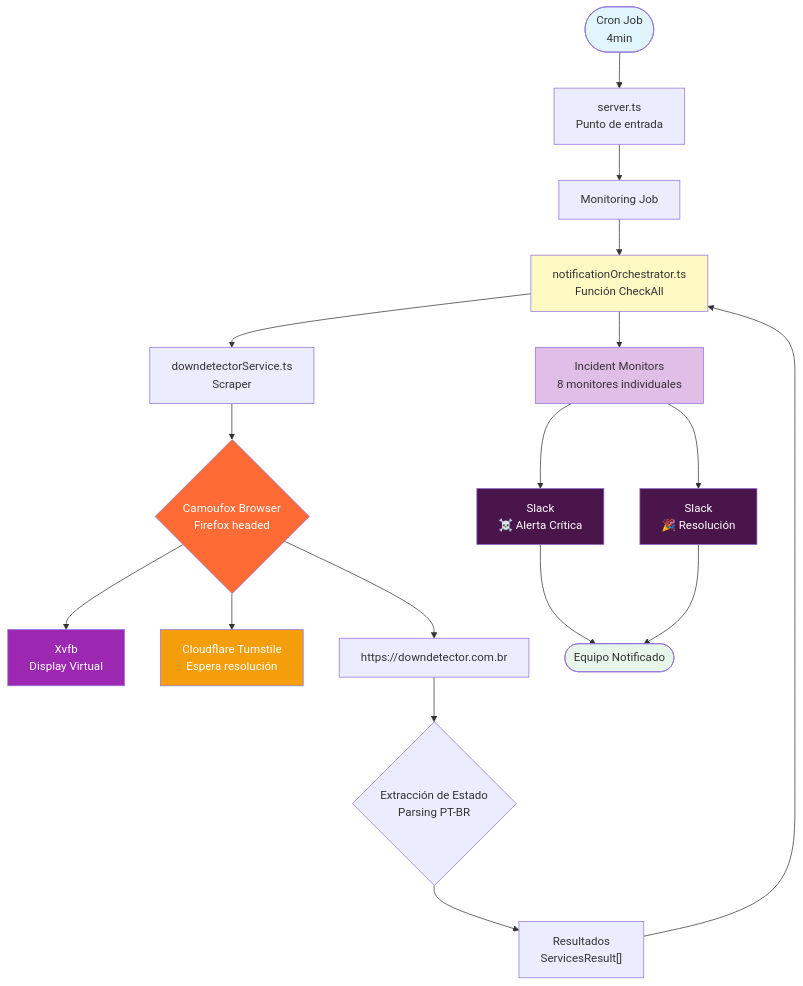
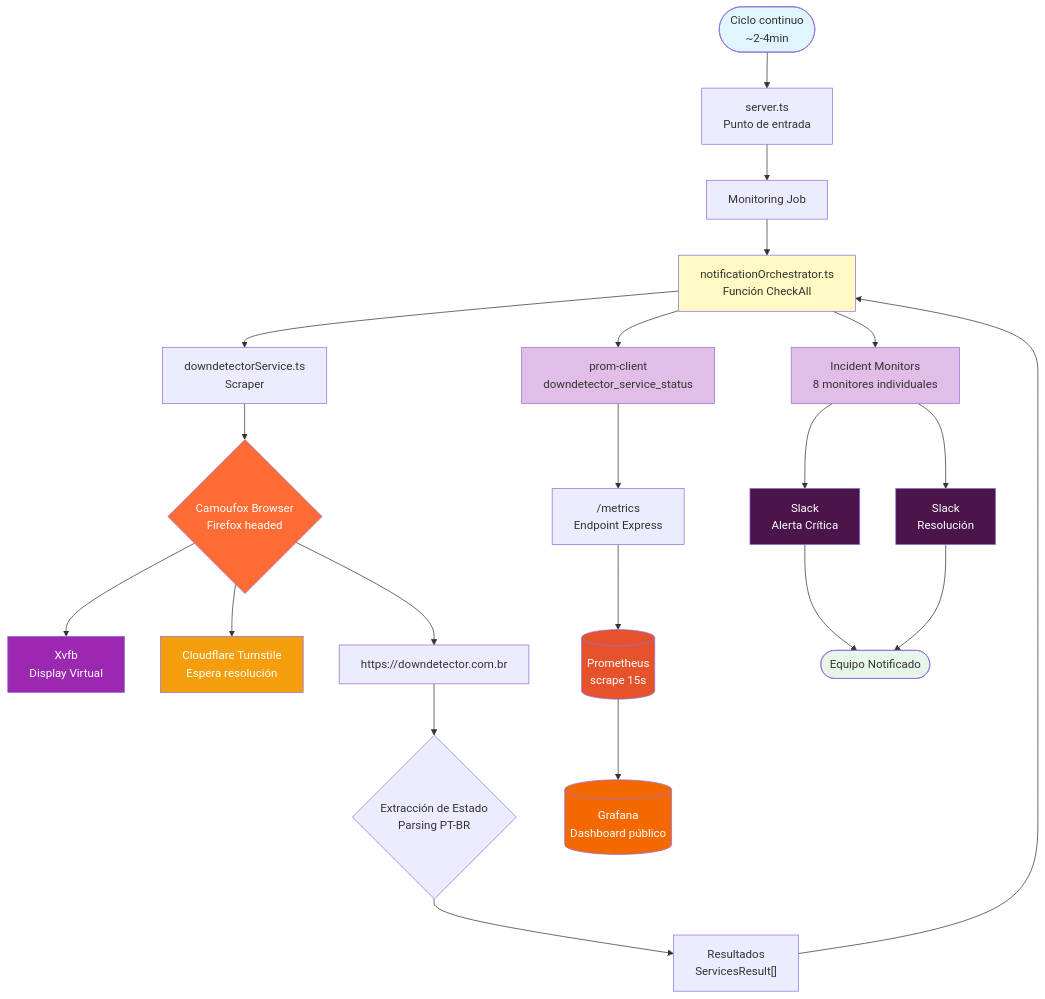
One commit to eduardotashiro/downdetector-slack changed the third of 4 diagrams in README.md. Above: the diagram before and after it, drawn with Mermaid. The commit also changed other lines of this file and 1 other file, not shown here.

````diff
--- a/README.md
+++ b/README.md
@@ -770,35 +859,43 @@
 ```mermaid
 graph TB
-    Start([Cron Job<br/>4min]) --> Server[server.ts<br/>Punto de entrada]
+    Start([Ciclo continuo<br/>~2-4min]) --> Server[server.ts<br/>Punto de entrada]
     Server --> Job[Monitoring Job]
     Job --> Orchestrator[notificationOrchestrator.ts<br/>Función CheckAll]
 
     Orchestrator --> Scraper[downdetectorService.ts<br/>Scraper]
 
     Scraper --> Browser{Camoufox Browser<br/>Firefox headed}
     Browser --> Xvfb[Xvfb<br/>Display Virtual]
     Browser --> Turnstile[Cloudflare Turnstile<br/>Espera resolución]
     Browser --> DD[https://downdetector.com.br]
 
     DD --> Data{Extracción de Estado<br/>Parsing PT-BR}
     Data --> Results["Resultados<br/>ServicesResult[]"]
     Results --> Orchestrator
 
     Orchestrator --> Incident[Incident Monitors<br/>8 monitores individuales]
+    Orchestrator --> Metrics[prom-client<br/>downdetector_service_status]
 
-    Incident --> Slack1[Slack<br/>☠️ Alerta Crítica]
-    Incident --> Slack2[Slack<br/>🎉 Resolución]
+    Incident --> Slack1[Slack<br/>Alerta Crítica]
+    Incident --> Slack2[Slack<br/>Resolución]
+
+    Metrics --> Endpoint["/metrics<br/>Endpoint Express"]
+    Endpoint --> Prom[(Prometheus<br/>scrape 15s)]
+    Prom --> Grafana[(Grafana<br/>Dashboard público)]
 
     Slack1 --> End([Equipo Notificado])
     Slack2 --> End
 
     style Start fill:#e1f5fe
     style Orchestrator fill:#fff9c4
     style Browser fill:#FF6B35,color:#fff
     style Xvfb fill:#9C27B0,color:#fff
     style Turnstile fill:#f59e0b,color:#fff
     style Incident fill:#e1bee7
+    style Metrics fill:#e1bee7
+    style Prom fill:#E6522C,color:#fff
+    style Grafana fill:#F46800,color:#fff
     style Slack1 fill:#4A154B,color:#fff
     style Slack2 fill:#4A154B,color:#fff
     style End fill:#e8f5e9
 ```
````
